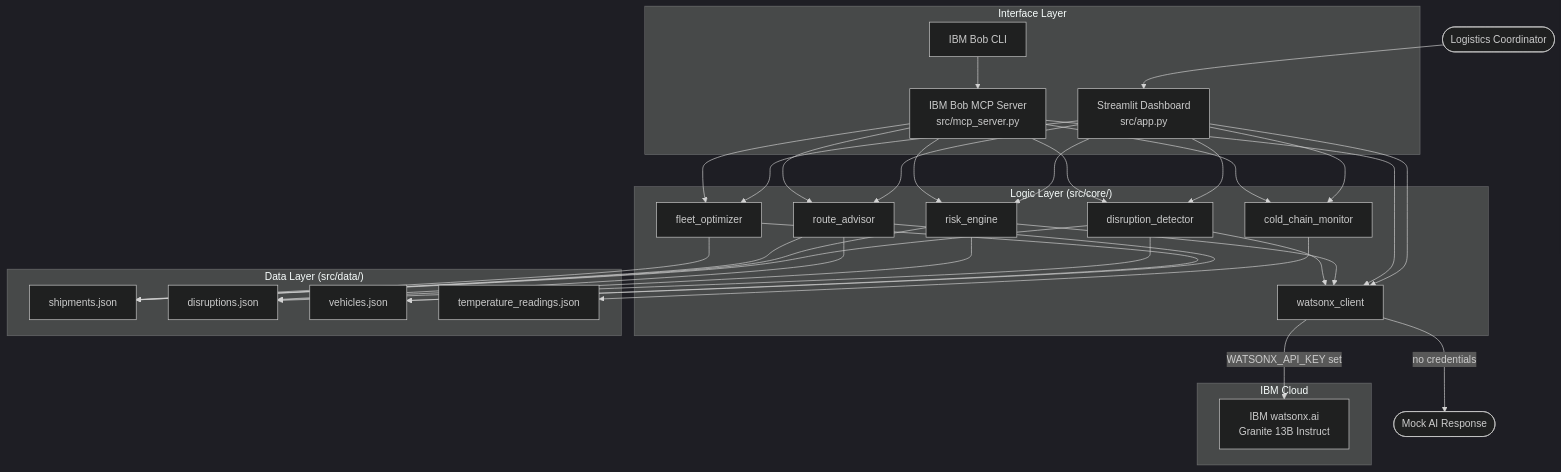
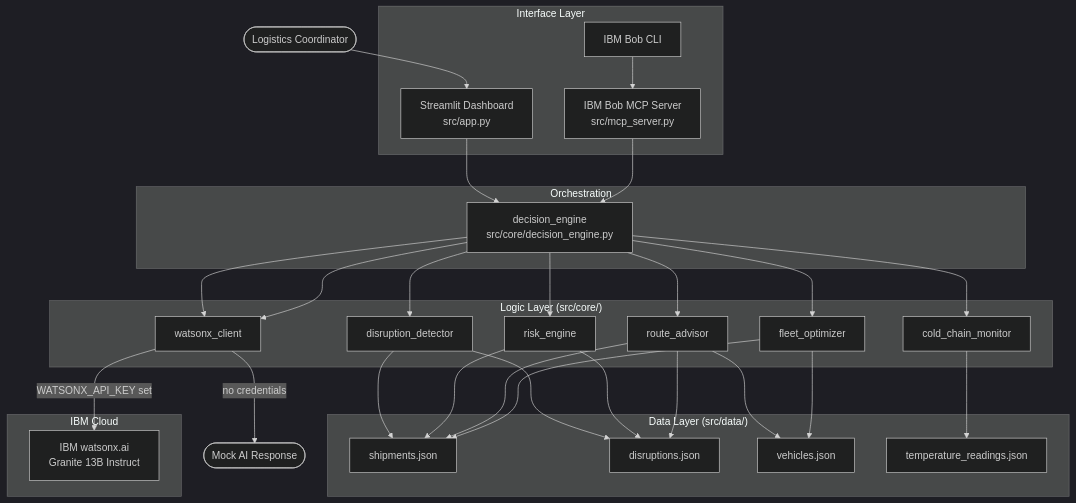
One commit to Patelprincekumar2007/bob-ai-hackathon-PI-NANT changed the diagram in docs/architecture.md. Above: the diagram before and after it, drawn with Mermaid (dark theme). The commit also changed other lines of this file and 9 other files, not shown here.

Commit message:
feat(smartroute-ai): upgrade decision engine, topnav UI, report exporter & MCP tool integration

````diff
--- a/docs/architecture.md
+++ b/docs/architecture.md
@@ -5,48 +5,55 @@
 ```mermaid
 graph TD
     subgraph Interface Layer
         UI[Streamlit Dashboard<br/>src/app.py]
         MCP[IBM Bob MCP Server<br/>src/mcp_server.py]
         BOB[IBM Bob CLI]
+    end
+
+    subgraph Orchestration
+        DE[decision_engine<br/>src/core/decision_engine.py]
     end
 
     subgraph Core Engine ["Logic Layer (src/core/)"]
         DD[disruption_detector]
         RE[risk_engine]
         RA[route_advisor]
         FO[fleet_optimizer]
         CC[cold_chain_monitor]
         WX[watsonx_client]
     end
 
     subgraph Data Layer ["Data Layer (src/data/)"]
         SJ[shipments.json]
         DJ[disruptions.json]
         VJ[vehicles.json]
         TJ[temperature_readings.json]
     end
 
     subgraph IBM Cloud
         WXAI[IBM watsonx.ai<br/>Granite 13B Instruct]
     end
 
     %% User interactions
     User([Logistics Coordinator]) --> UI
     BOB --> MCP
 
-    %% Interface to core
-    UI --> DD & RE & RA & FO & CC & WX
-    MCP --> DD & RE & RA & FO & CC & WX
+    %% Interface to orchestration
+    UI --> DE
+    MCP --> DE
+
+    %% Orchestration to core
+    DE --> DD & RE & RA & FO & CC & WX
 
     %% Core to data
     DD --> SJ & DJ
     RE --> SJ & DJ
     RA --> SJ & DJ & VJ
     FO --> VJ & SJ
     CC --> TJ
 
     %% watsonx path
-    RE & DD --> WX
+    DE --> WX
     WX -->|"WATSONX_API_KEY set"| WXAI
     WX -->|"no credentials"| MockAI([Mock AI Response])
 ```
````
